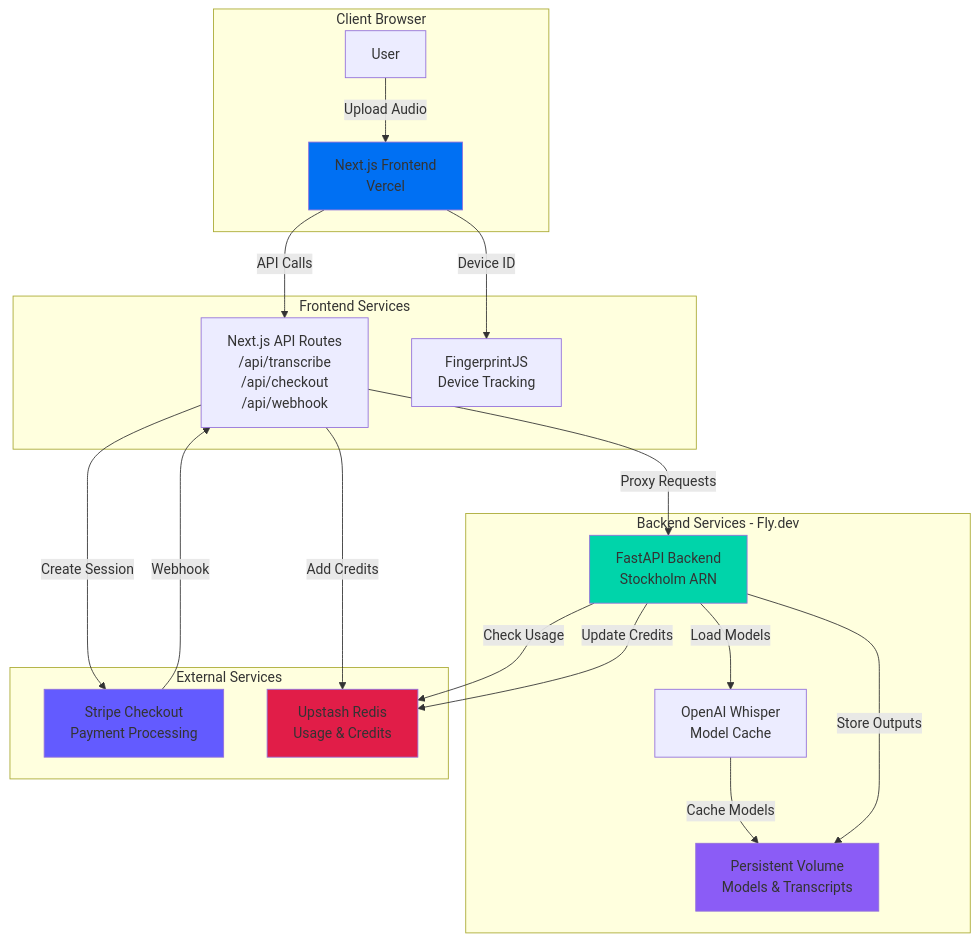
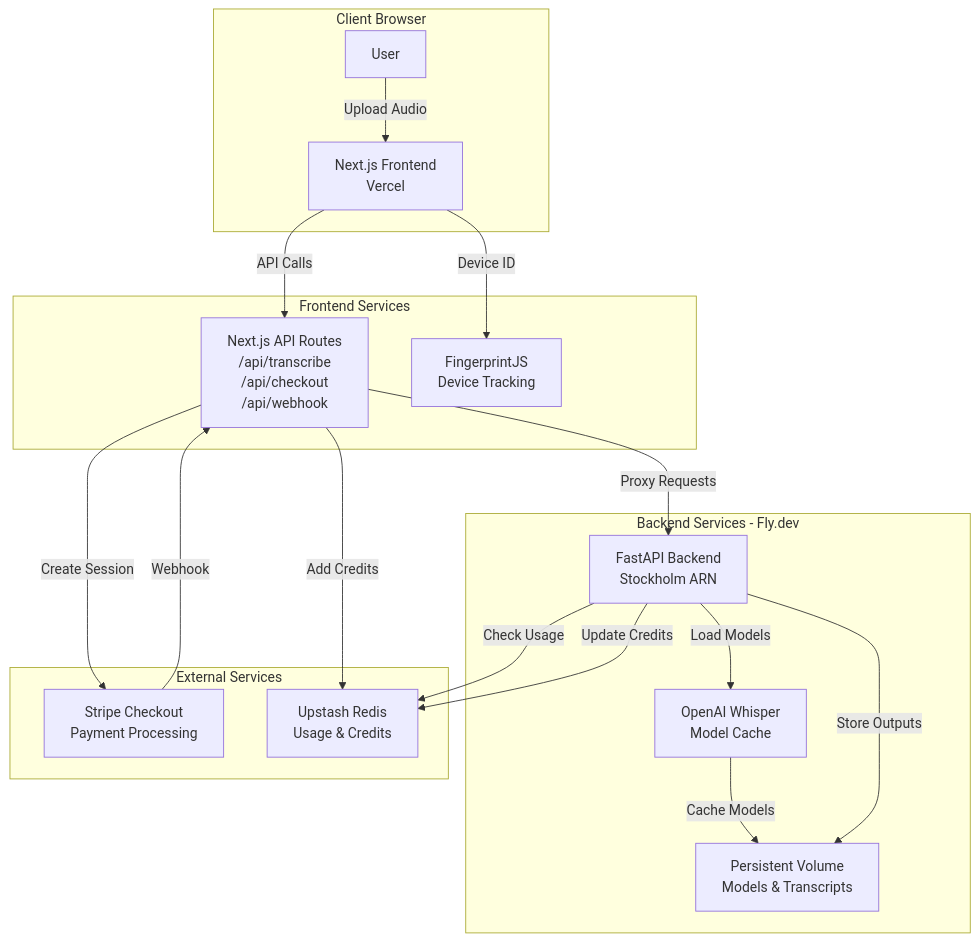
One commit to alexandermittet/catscribe changed the diagram in README.md. Above: the diagram before and after it, drawn with Mermaid. The commit also changed other lines of this file, not shown here.

Commit message:
Fix Mermaid diagram syntax for GitHub rendering

````diff
--- a/README.md
+++ b/README.md
@@ -15,45 +15,39 @@
 ```mermaid
 graph TB
-    subgraph Client["Client Browser"]
+    subgraph Client[Client Browser]
         User[User]
-        UI[Next.js Frontend<br/>Vercel]
+        UI["Next.js Frontend<br/>Vercel"]
     end
     
-    subgraph FrontendServices["Frontend Services"]
-        APIProxy[Next.js API Routes<br/>/api/transcribe<br/>/api/checkout<br/>/api/webhook]
-        Fingerprint[FingerprintJS<br/>Device Tracking]
+    subgraph FrontendServices[Frontend Services]
+        APIProxy["Next.js API Routes<br/>/api/transcribe<br/>/api/checkout<br/>/api/webhook"]
+        Fingerprint["FingerprintJS<br/>Device Tracking"]
     end
     
-    subgraph BackendServices["Backend Services - Fly.dev"]
-        FastAPI[FastAPI Backend<br/>Stockholm ARN]
-        Whisper[OpenAI Whisper<br/>Model Cache]
-        Storage[Persistent Volume<br/>Models & Transcripts]
+    subgraph BackendServices[Backend Services - Fly.dev]
+        FastAPI["FastAPI Backend<br/>Stockholm ARN"]
+        Whisper["OpenAI Whisper<br/>Model Cache"]
+        Storage["Persistent Volume<br/>Models & Transcripts"]
     end
     
-    subgraph ExternalServices["External Services"]
-        Stripe[Stripe Checkout<br/>Payment Processing]
-        Redis[Upstash Redis<br/>Usage & Credits]
+    subgraph ExternalServices[External Services]
+        Stripe["Stripe Checkout<br/>Payment Processing"]
+        Redis["Upstash Redis<br/>Usage & Credits"]
     end
     
-    User -->|Upload Audio| UI
-    UI -->|API Calls| APIProxy
-    UI -->|Device ID| Fingerprint
+    User -->|"Upload Audio"| UI
+    UI -->|"API Calls"| APIProxy
+    UI -->|"Device ID"| Fingerprint
     
-    APIProxy -->|Proxy Requests| FastAPI
-    APIProxy -->|Create Session| Stripe
-    Stripe -->|Webhook| APIProxy
+    APIProxy -->|"Proxy Requests"| FastAPI
+    APIProxy -->|"Create Session"| Stripe
+    Stripe -->|"Webhook"| APIProxy
     
-    FastAPI -->|Load Models| Whisper
-    Whisper -->|Cache Models| Storage
-    FastAPI -->|Store Outputs| Storage
-    FastAPI -->|Check Usage| Redis
-    FastAPI -->|Update Credits| Redis
+    FastAPI -->|"Load Models"| Whisper
+    Whisper -->|"Cache Models"| Storage
+    FastAPI -->|"Store Outputs"| Storage
+    FastAPI -->|"Check Usage"| Redis
+    FastAPI -->|"Update Credits"| Redis
     
-    APIProxy -->|Add Credits| Redis
-    
-    style UI fill:#0070f3
-    style FastAPI fill:#00d4aa
-    style Stripe fill:#635bff
-    style Redis fill:#e11d48
-    style Storage fill:#8b5cf6
+    APIProxy -->|"Add Credits"| Redis
 ```
````
